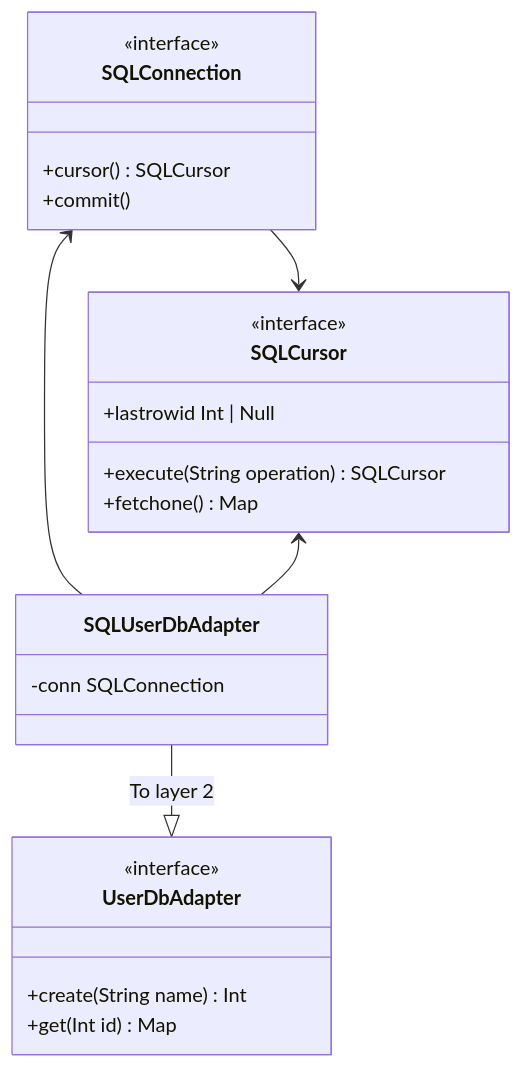
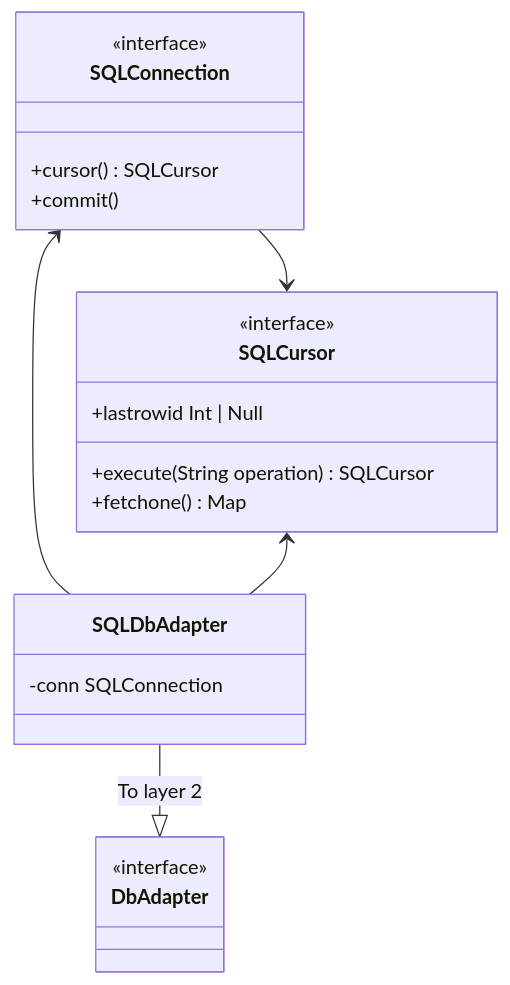
Before and after one commit to janheindejong/outhouse: the fourth of 5 diagrams in backend/README.md, drawn with Mermaid. The commit also changed other lines of this file and 6 other files, not shown here.

````diff
--- a/backend/README.md
+++ b/backend/README.md
@@ -59,30 +62,28 @@
 ```mermaid 
 classDiagram 
 class SQLConnection {
     <<interface>>
     +cursor() SQLCursor
     +commit()
 }
 
 class SQLCursor {
     <<interface>>
     +lastrowid Int | Null
     +execute(String operation) SQLCursor
     +fetchone() Map
 }
 
-class UserDbAdapter {
+class DbAdapter {
     <<interface>>
-    +create(String name) Int
-    +get(Int id) Map
 }
 
-class SQLUserDbAdapter {
+class SQLDbAdapter {
     -conn SQLConnection
 }
 
-SQLUserDbAdapter --|> UserDbAdapter : To layer 2
-SQLConnection <-- SQLUserDbAdapter
-SQLCursor <-- SQLUserDbAdapter
+SQLDbAdapter --|> DbAdapter : To layer 2
+SQLConnection <-- SQLDbAdapter
+SQLCursor <-- SQLDbAdapter
 SQLConnection --> SQLCursor
 ```
````
